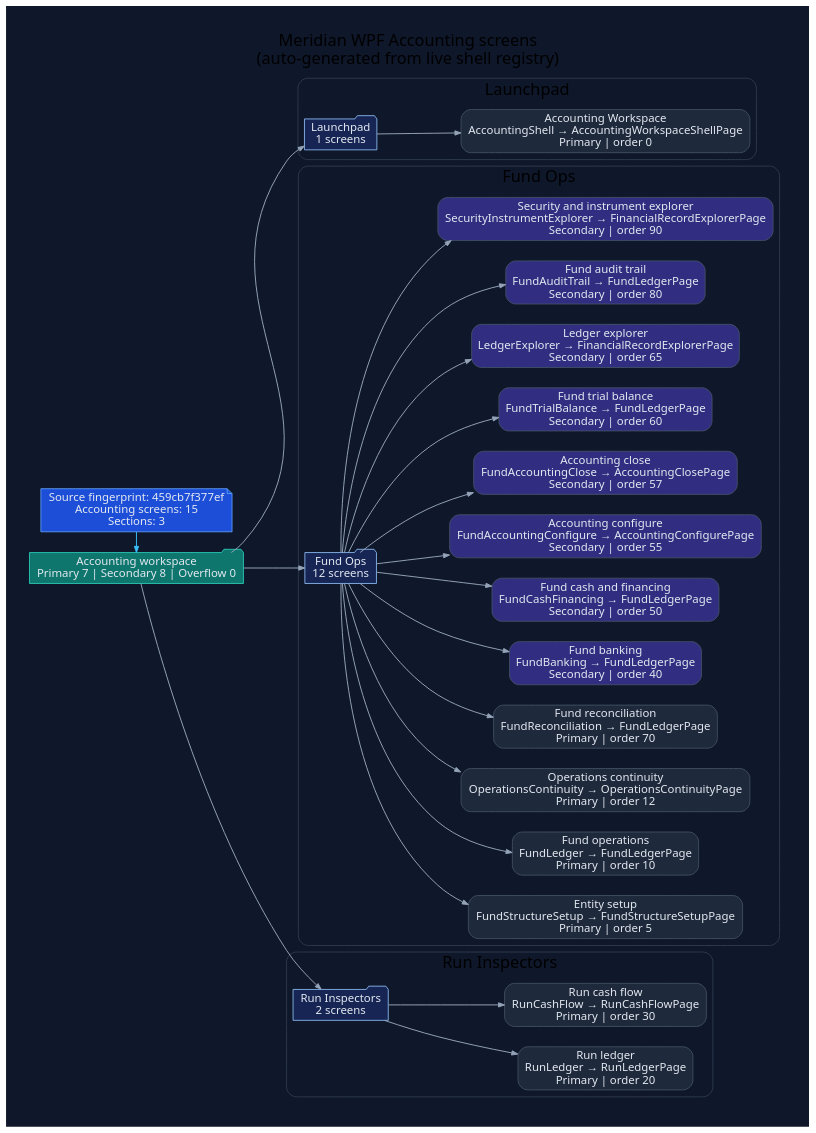
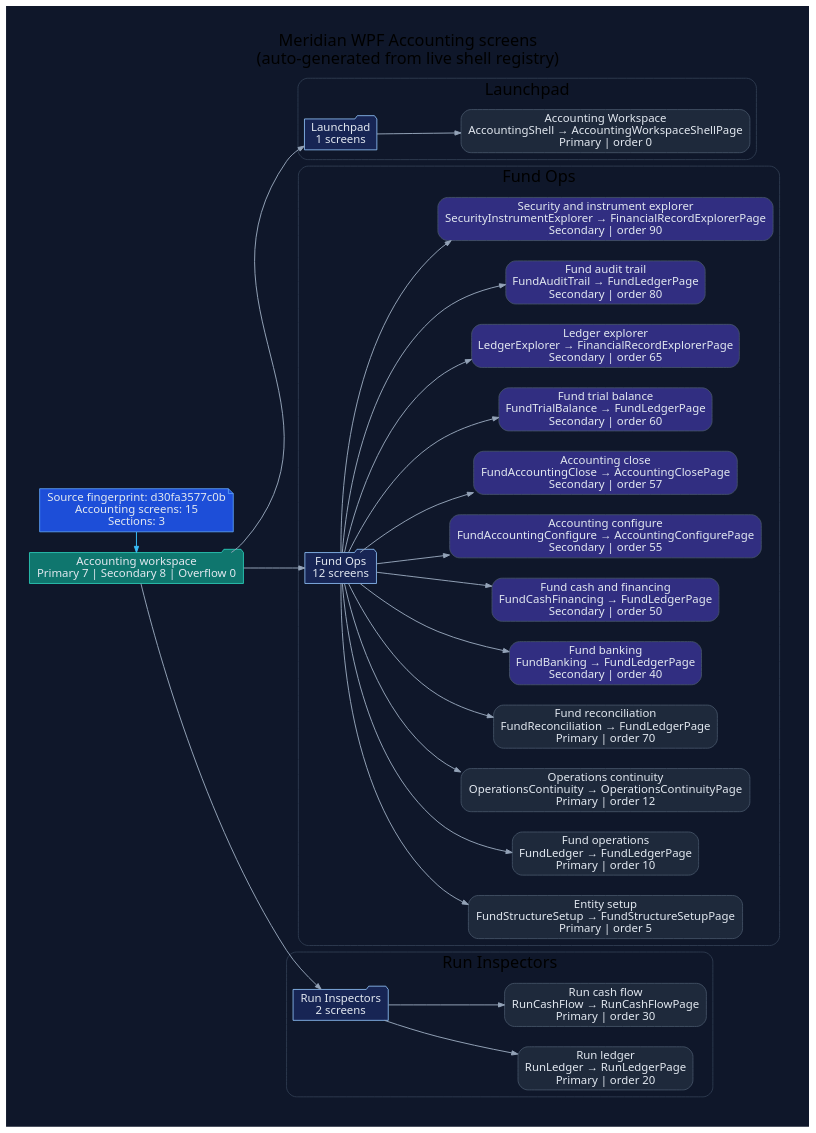
Before and after one commit to rodoHasArrived/Meridian-main: the diagram in docs/diagrams/ui/ui-wpf-screens-accounting.dot, drawn with Graphviz. The commit also changed 53 other files, not shown here.

```diff
--- a/docs/diagrams/ui/ui-wpf-screens-accounting.dot
+++ b/docs/diagrams/ui/ui-wpf-screens-accounting.dot
@@ -1,80 +1,80 @@
 // -----------------------------------------------------------------------------
 // <auto-generated>
 // Generated by scripts/generate-diagrams.mjs.
 // Do not edit this file directly; update the WPF source files instead.
 // -----------------------------------------------------------------------------
 digraph WpfAccountingScreens {
   graph [
     rankdir=LR,
     labelloc=t,
     label="Meridian WPF Accounting screens\n(auto-generated from live shell registry)",
     fontname="Segoe UI",
     fontsize=20,
     pad=0.4,
     nodesep=0.35,
     ranksep=0.85,
     bgcolor="#0f172a"
   ];
   node [fontname="Segoe UI", shape=box, style="rounded,filled", color="#475569", fontcolor="#e2e8f0", fillcolor="#1e293b"];
   edge [fontname="Segoe UI", color="#94a3b8", penwidth=1.2, arrowsize=0.75];
 
-  generated [shape=note, fillcolor="#1d4ed8", color="#60a5fa", label="Source fingerprint: 459cb7f377ef\nAccounting screens: 15\nSections: 3"];
+  generated [shape=note, fillcolor="#1d4ed8", color="#60a5fa", label="Source fingerprint: d30fa3577c0b\nAccounting screens: 15\nSections: 3"];
   workspace [shape=folder, fillcolor="#0f766e", color="#2dd4bf", label="Accounting workspace\nPrimary 7 | Secondary 8 | Overflow 0"];
   generated -> workspace [color="#38bdf8"];
 
   subgraph cluster_section_1 {
     label="Launchpad";
     color="#334155";
     style="rounded";
     section_1 [shape=folder, fillcolor="#172554", color="#93c5fd", label="Launchpad\n1 screens"];
     workspace -> section_1;
     screen_AccountingShell [fillcolor="#1e293b", label="Accounting Workspace\nAccountingShell → AccountingWorkspaceShellPage\nPrimary | order 0"];
     section_1 -> screen_AccountingShell;
   }
 
   subgraph cluster_section_2 {
     label="Fund Ops";
     color="#334155";
     style="rounded";
     section_2 [shape=folder, fillcolor="#172554", color="#93c5fd", label="Fund Ops\n12 screens"];
     workspace -> section_2;
     screen_FundStructureSetup [fillcolor="#1e293b", label="Entity setup\nFundStructureSetup → FundStructureSetupPage\nPrimary | order 5"];
     section_2 -> screen_FundStructureSetup;
     screen_FundLedger [fillcolor="#1e293b", label="Fund operations\nFundLedger → FundLedgerPage\nPrimary | order 10"];
     section_2 -> screen_FundLedger;
     screen_OperationsContinuity [fillcolor="#1e293b", label="Operations continuity\nOperationsContinuity → OperationsContinuityPage\nPrimary | order 12"];
     section_2 -> screen_OperationsContinuity;
     screen_FundReconciliation [fillcolor="#1e293b", label="Fund reconciliation\nFundReconciliation → FundLedgerPage\nPrimary | order 70"];
     section_2 -> screen_FundReconciliation;
     screen_FundBanking [fillcolor="#312e81", label="Fund banking\nFundBanking → FundLedgerPage\nSecondary | order 40"];
     section_2 -> screen_FundBanking;
     screen_FundCashFinancing [fillcolor="#312e81", label="Fund cash and financing\nFundCashFinancing → FundLedgerPage\nSecondary | order 50"];
     section_2 -> screen_FundCashFinancing;
     screen_FundAccountingConfigure [fillcolor="#312e81", label="Accounting configure\nFundAccountingConfigure → AccountingConfigurePage\nSecondary | order 55"];
     section_2 -> screen_FundAccountingConfigure;
     screen_FundAccountingClose [fillcolor="#312e81", label="Accounting close\nFundAccountingClose → AccountingClosePage\nSecondary | order 57"];
     section_2 -> screen_FundAccountingClose;
     screen_FundTrialBalance [fillcolor="#312e81", label="Fund trial balance\nFundTrialBalance → FundLedgerPage\nSecondary | order 60"];
     section_2 -> screen_FundTrialBalance;
     screen_LedgerExplorer [fillcolor="#312e81", label="Ledger explorer\nLedgerExplorer → FinancialRecordExplorerPage\nSecondary | order 65"];
     section_2 -> screen_LedgerExplorer;
     screen_FundAuditTrail [fillcolor="#312e81", label="Fund audit trail\nFundAuditTrail → FundLedgerPage\nSecondary | order 80"];
     section_2 -> screen_FundAuditTrail;
     screen_SecurityInstrumentExplorer [fillcolor="#312e81", label="Security and instrument explorer\nSecurityInstrumentExplorer → FinancialRecordExplorerPage\nSecondary | order 90"];
     section_2 -> screen_SecurityInstrumentExplorer;
   }
 
   subgraph cluster_section_3 {
     label="Run Inspectors";
     color="#334155";
     style="rounded";
     section_3 [shape=folder, fillcolor="#172554", color="#93c5fd", label="Run Inspectors\n2 screens"];
     workspace -> section_3;
     screen_RunLedger [fillcolor="#1e293b", label="Run ledger\nRunLedger → RunLedgerPage\nPrimary | order 20"];
     section_3 -> screen_RunLedger;
     screen_RunCashFlow [fillcolor="#1e293b", label="Run cash flow\nRunCashFlow → RunCashFlowPage\nPrimary | order 30"];
     section_3 -> screen_RunCashFlow;
   }
 
   { rank=min; generated; workspace; }
 }
```
